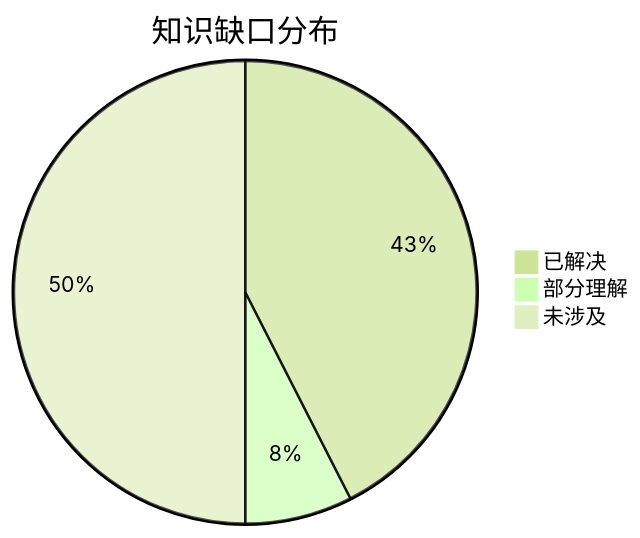
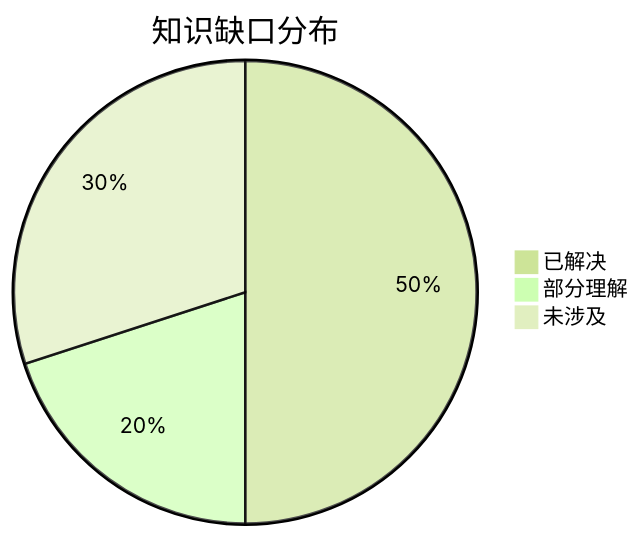
Before and after one commit to liup19/spatial_agi: the third of 4 diagrams in daily_thinking/2026-03-30.md, drawn with Mermaid (forest theme). The commit also changed other lines of this file and 1 other file, not shown here.

````diff
--- a/daily_thinking/2026-03-30.md
+++ b/daily_thinking/2026-03-30.md
@@ -423,6 +574,6 @@
 ```mermaid
 pie title 知识缺口分布
-    "已解决" : 42.5
-    "部分理解" : 7.5
-    "未涉及" : 50.0
+    "已解决" : 50
+    "部分理解" : 20
+    "未涉及" : 30
 ```
````
